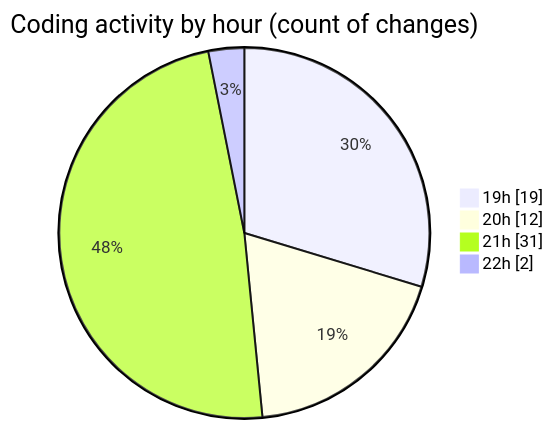
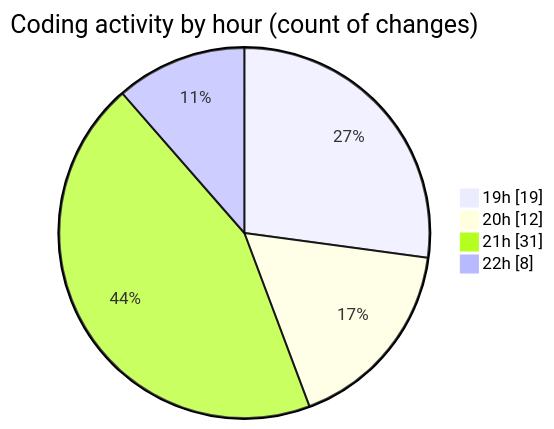
Before and after one commit to lephambinh05/code-tracking: the second of 2 diagrams in 2025-07-28/quanlyrapchieuphim-2/README.md, drawn with Mermaid. The commit also changed other lines of this file and 1 other file, not shown here.

````diff
--- a/2025-07-28/quanlyrapchieuphim-2/README.md
+++ b/2025-07-28/quanlyrapchieuphim-2/README.md
@@ -53,8 +57,8 @@
 ```mermaid
 pie showData
 title Coding activity by hour (count of changes)
 "19h" : 19
 "20h" : 12
 "21h" : 31
-"22h" : 2
+"22h" : 8
 ```
````
